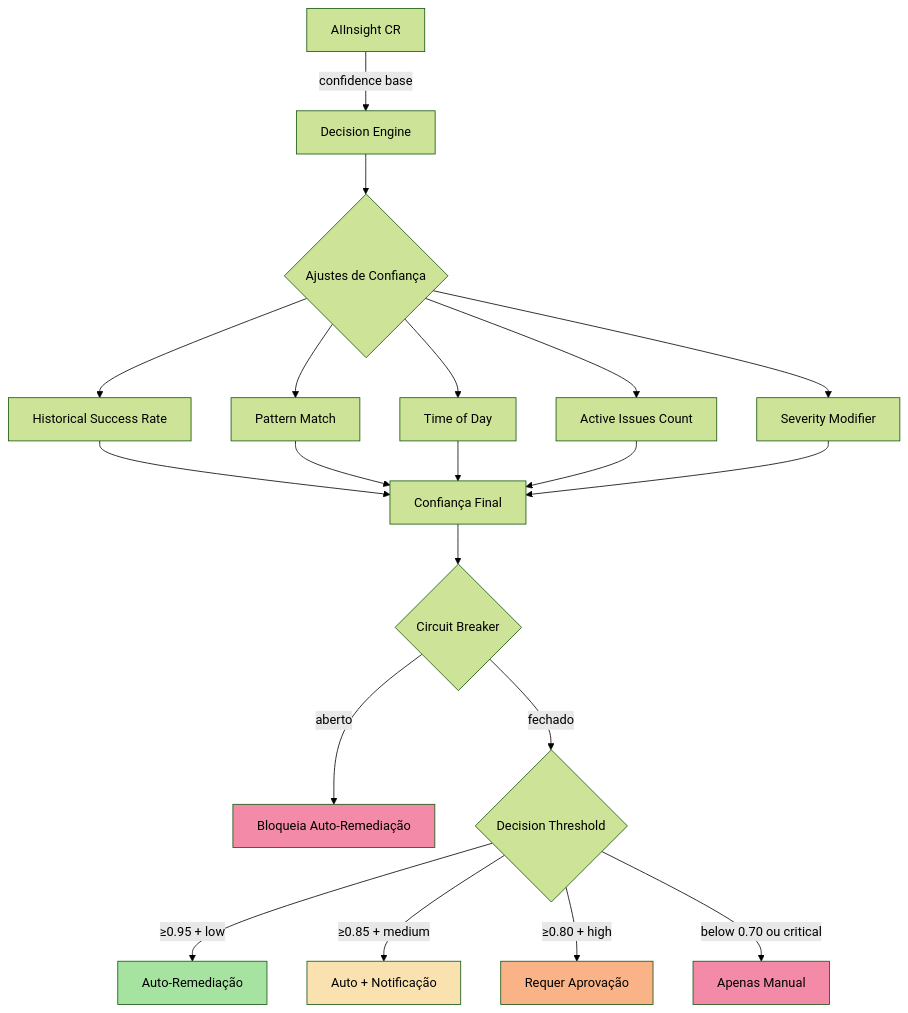
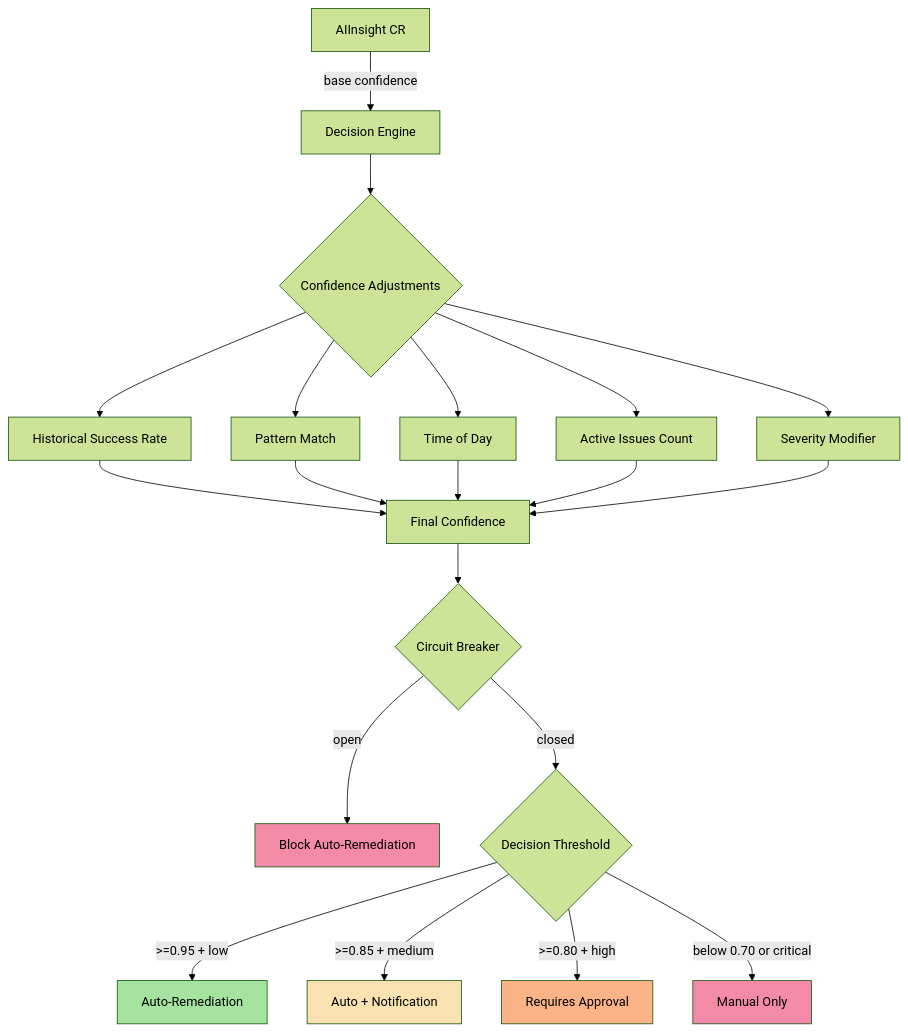
Before and after one commit to diillson/chatcli.ai: the first of 2 diagrams in features/aiops/decision-engine.mdx, drawn with Mermaid (forest theme). The commit also changed other lines of this file and 500 other files, not shown here.

````diff
--- a/features/aiops/decision-engine.mdx
+++ b/features/aiops/decision-engine.mdx
@@ -20,24 +20,24 @@
 ```mermaid
 flowchart TD
-    A[AIInsight CR] -->|confidence base| B[Decision Engine]
-    B --> C{Ajustes de Confiança}
+    A[AIInsight CR] -->|base confidence| B[Decision Engine]
+    B --> C{Confidence Adjustments}
     C --> D[Historical Success Rate]
     C --> E[Pattern Match]
     C --> F[Time of Day]
     C --> G[Active Issues Count]
     C --> H[Severity Modifier]
-    D & E & F & G & H --> I[Confiança Final]
+    D & E & F & G & H --> I[Final Confidence]
     I --> J{Circuit Breaker}
-    J -->|aberto| K[Bloqueia Auto-Remediação]
-    J -->|fechado| L{Decision Threshold}
-    L -->|≥0.95 + low| M[Auto-Remediação]
-    L -->|≥0.85 + medium| N[Auto + Notificação]
-    L -->|≥0.80 + high| O[Requer Aprovação]
-    L -->|below 0.70 ou critical| P[Apenas Manual]
+    J -->|open| K[Block Auto-Remediation]
+    J -->|closed| L{Decision Threshold}
+    L -->|>=0.95 + low| M[Auto-Remediation]
+    L -->|>=0.85 + medium| N[Auto + Notification]
+    L -->|>=0.80 + high| O[Requires Approval]
+    L -->|below 0.70 or critical| P[Manual Only]
 
     style M fill:#a6e3a1,color:#000
     style N fill:#f9e2af,color:#000
     style O fill:#fab387,color:#000
     style P fill:#f38ba8,color:#000
     style K fill:#f38ba8,color:#000
 ```
````
